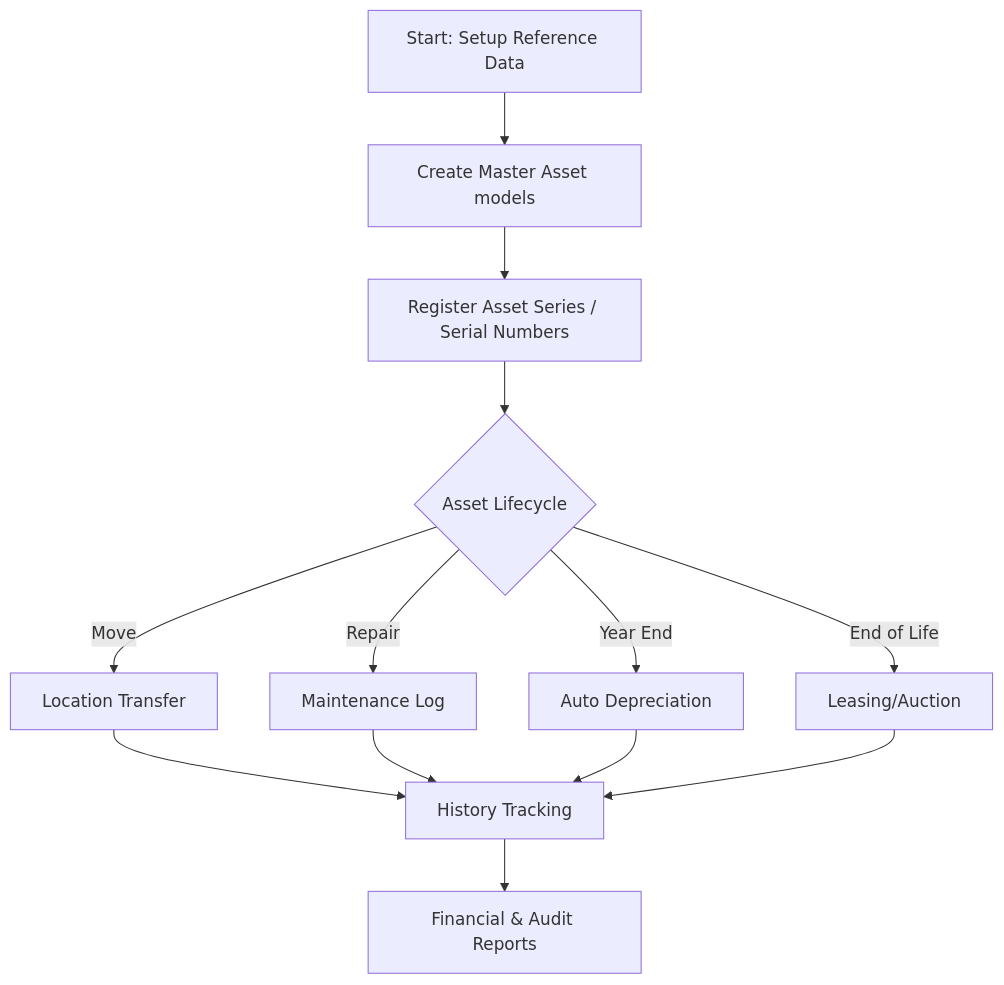
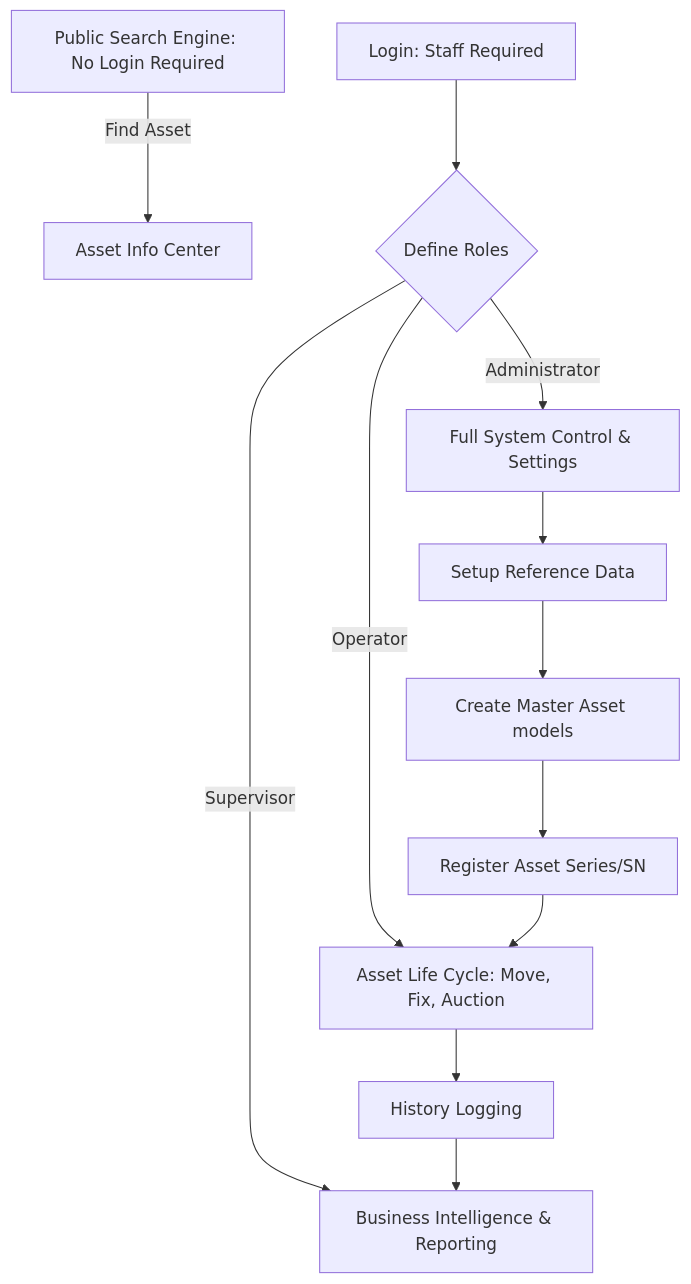
The diagram in README.md (dendie851/sbiz-asset), drawn with Mermaid before and after one commit. The commit also changed other lines of this file and 2 other files, not shown here.

````diff
--- a/README.md
+++ b/README.md
@@ -20,15 +33,17 @@
 ```mermaid
 graph TD
-    A[Start: Setup Reference Data] --> B[Create Master Asset models]
-    B --> C[Register Asset Series / Serial Numbers]
-    C --> D{Asset Lifecycle}
-    D --> |Move| E[Location Transfer]
-    D --> |Repair| F[Maintenance Log]
-    D --> |Year End| G[Auto Depreciation]
-    D --> |End of Life| H[Leasing/Auction]
-    E --> I[History Tracking]
-    F --> I
-    G --> I
-    H --> I
-    I --> J[Financial & Audit Reports]
+    Public[Public Search Engine: No Login Required] --> |Find Asset| InfoCenter[Asset Info Center]
+    
+    Login[Login: Staff Required] --> Roles{Define Roles}
+    
+    Roles --> |Administrator| FullAccess[Full System Control & Settings]
+    Roles --> |Operator| LifeCycle[Asset Life Cycle: Move, Fix, Auction]
+    Roles --> |Supervisor| Reports[Business Intelligence & Reporting]
+
+    FullAccess --> Setup[Setup Reference Data]
+    Setup --> Master[Create Master Asset models]
+    Master --> Series[Register Asset Series/SN]
+    Series --> LifeCycle
+    LifeCycle --> History[History Logging]
+    History --> Reports
 ```
````
